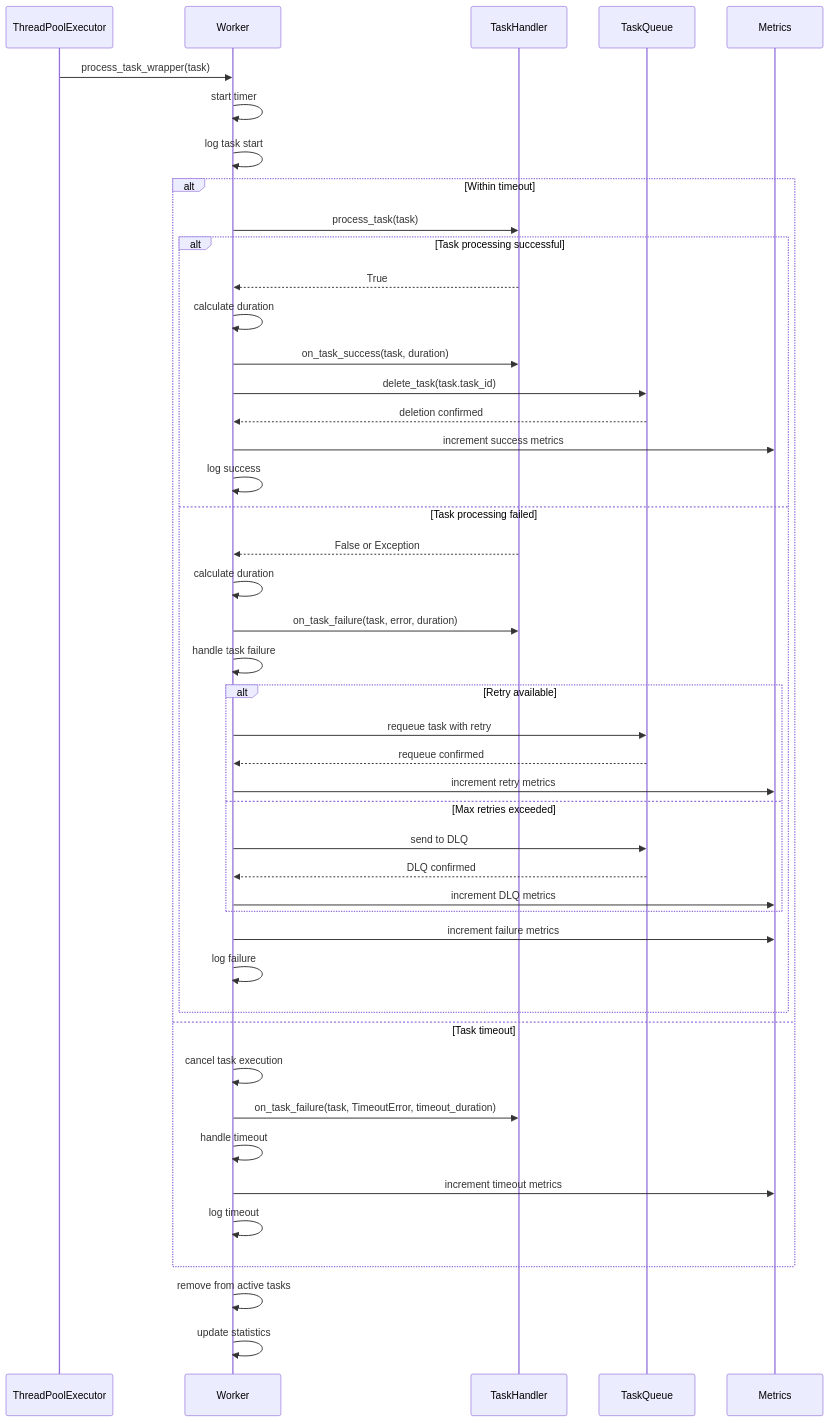
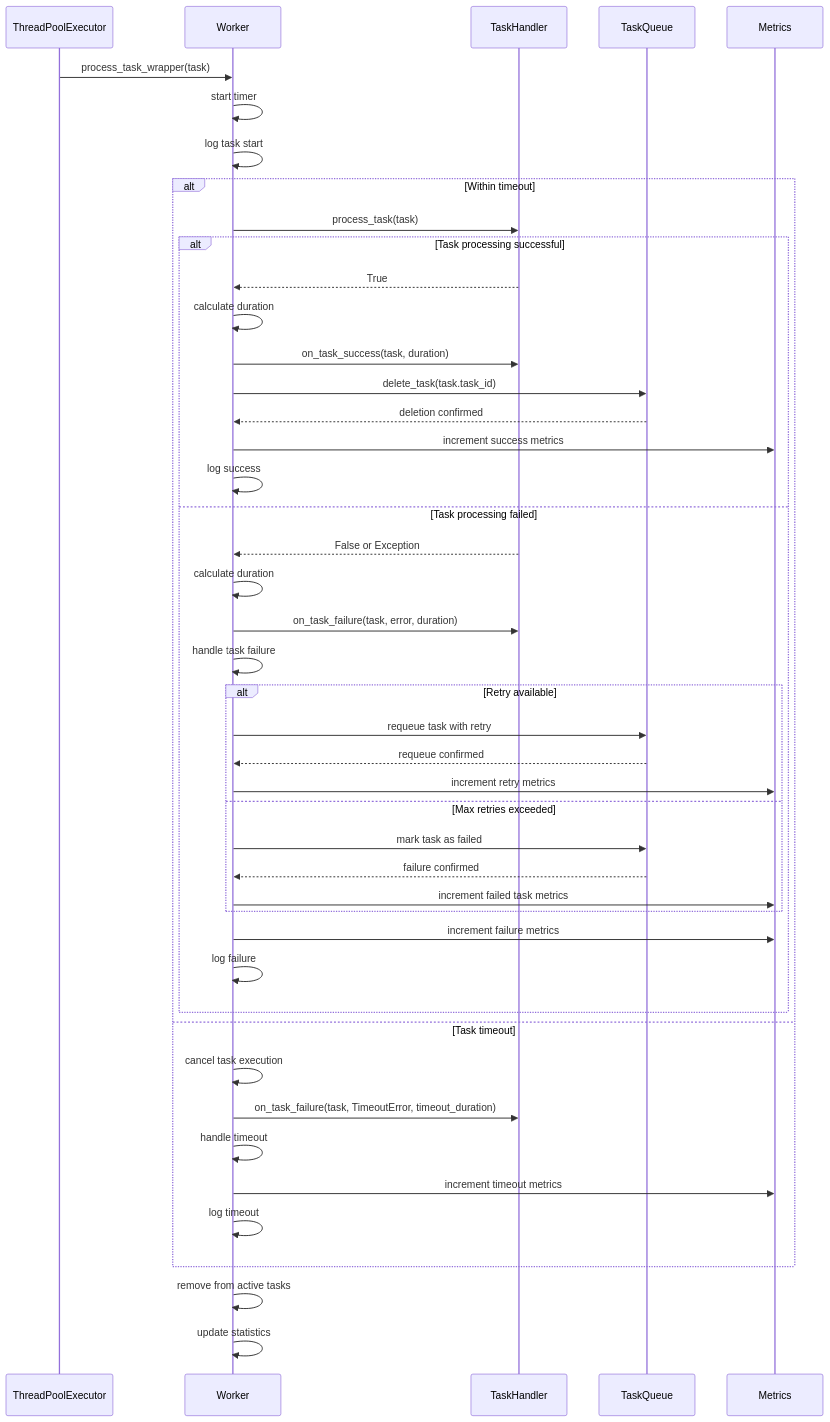
One commit to premana/fairque changed the fourth of 14 diagrams in docs/worker-sequence.md. Above: the diagram before and after it, drawn with Mermaid. The commit also changed other lines of this file and 4 other files, not shown here.

````diff
--- a/docs/worker-sequence.md
+++ b/docs/worker-sequence.md
@@ -142,55 +142,55 @@
 ```mermaid
 sequenceDiagram
     participant E as ThreadPoolExecutor
     participant W as Worker
     participant TH as TaskHandler
     participant Q as TaskQueue
     participant M as Metrics
     
     E->>W: process_task_wrapper(task)
     W->>W: start timer
     W->>W: log task start
     
     alt Within timeout
         W->>TH: process_task(task)
         
         alt Task processing successful
             TH-->>W: True
             W->>W: calculate duration
             W->>TH: on_task_success(task, duration)
             W->>Q: delete_task(task.task_id)
             Q-->>W: deletion confirmed
             W->>M: increment success metrics
             W->>W: log success
             
         else Task processing failed
             TH-->>W: False or Exception
             W->>W: calculate duration
             W->>TH: on_task_failure(task, error, duration)
             W->>W: handle task failure
             
             alt Retry available
                 W->>Q: requeue task with retry
                 Q-->>W: requeue confirmed
                 W->>M: increment retry metrics
             else Max retries exceeded
-                W->>Q: send to DLQ
-                Q-->>W: DLQ confirmed
-                W->>M: increment DLQ metrics
+                W->>Q: mark task as failed
+                Q-->>W: failure confirmed
+                W->>M: increment failed task metrics
             end
             
             W->>M: increment failure metrics
             W->>W: log failure
         end
         
     else Task timeout
         W->>W: cancel task execution
         W->>TH: on_task_failure(task, TimeoutError, timeout_duration)
         W->>W: handle timeout
         W->>M: increment timeout metrics
         W->>W: log timeout
     end
     
     W->>W: remove from active tasks
     W->>W: update statistics
 ```
````
